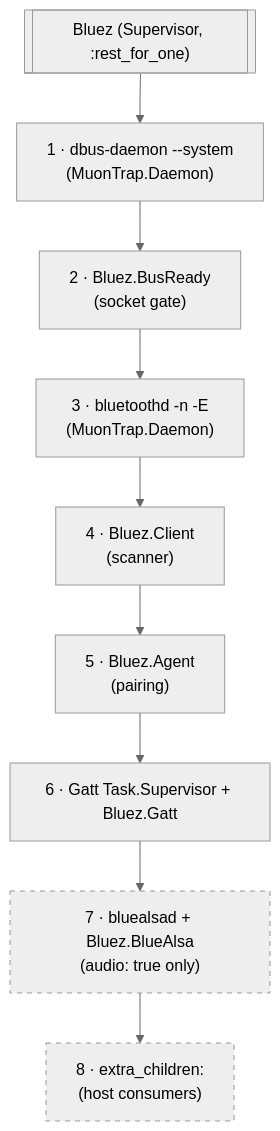
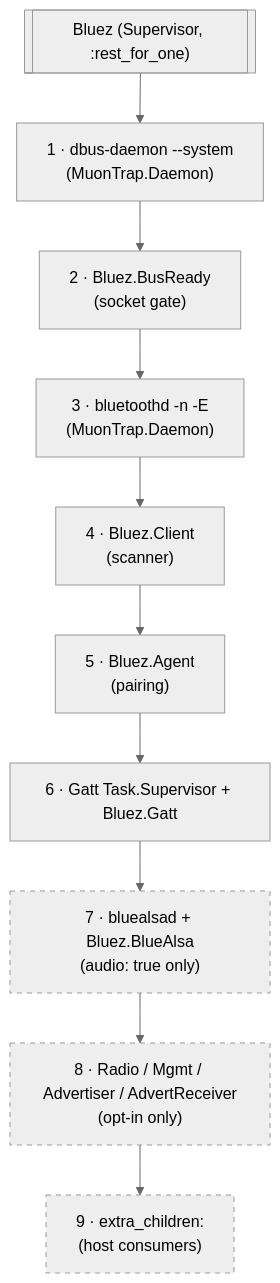
One commit to bbangert/bluez changed the first of 3 diagrams in guides/architecture.md. Above: the diagram before and after it, drawn with Mermaid (neutral theme). The commit also changed other lines of this file and 24 other files, not shown here.

First line of the commit message:
Add LE advertising (D-Bus + raw MGMT) and verbatim advert receive

````diff
--- a/guides/architecture.md
+++ b/guides/architecture.md
@@ -16,15 +16,17 @@
 ```mermaid
 flowchart TB
     sup[["Bluez (Supervisor, :rest_for_one)"]]
     sup --> dbus["1 · dbus-daemon --system<br/>(MuonTrap.Daemon)"]
     dbus --> gate["2 · Bluez.BusReady<br/>(socket gate)"]
     gate --> btd["3 · bluetoothd -n -E<br/>(MuonTrap.Daemon)"]
     btd --> client["4 · Bluez.Client<br/>(scanner)"]
     client --> agent["5 · Bluez.Agent<br/>(pairing)"]
     agent --> gatt["6 · Gatt Task.Supervisor + Bluez.Gatt"]
     gatt --> alsa["7 · bluealsad + Bluez.BlueAlsa<br/>(audio: true only)"]
-    alsa --> extra["8 · extra_children:<br/>(host consumers)"]
+    alsa --> radio["8 · Radio / Mgmt / Advertiser / AdvertReceiver<br/>(opt-in only)"]
+    radio --> extra["9 · extra_children:<br/>(host consumers)"]
 
     style alsa stroke-dasharray: 5 5
+    style radio stroke-dasharray: 5 5
     style extra stroke-dasharray: 5 5
 ```
````
